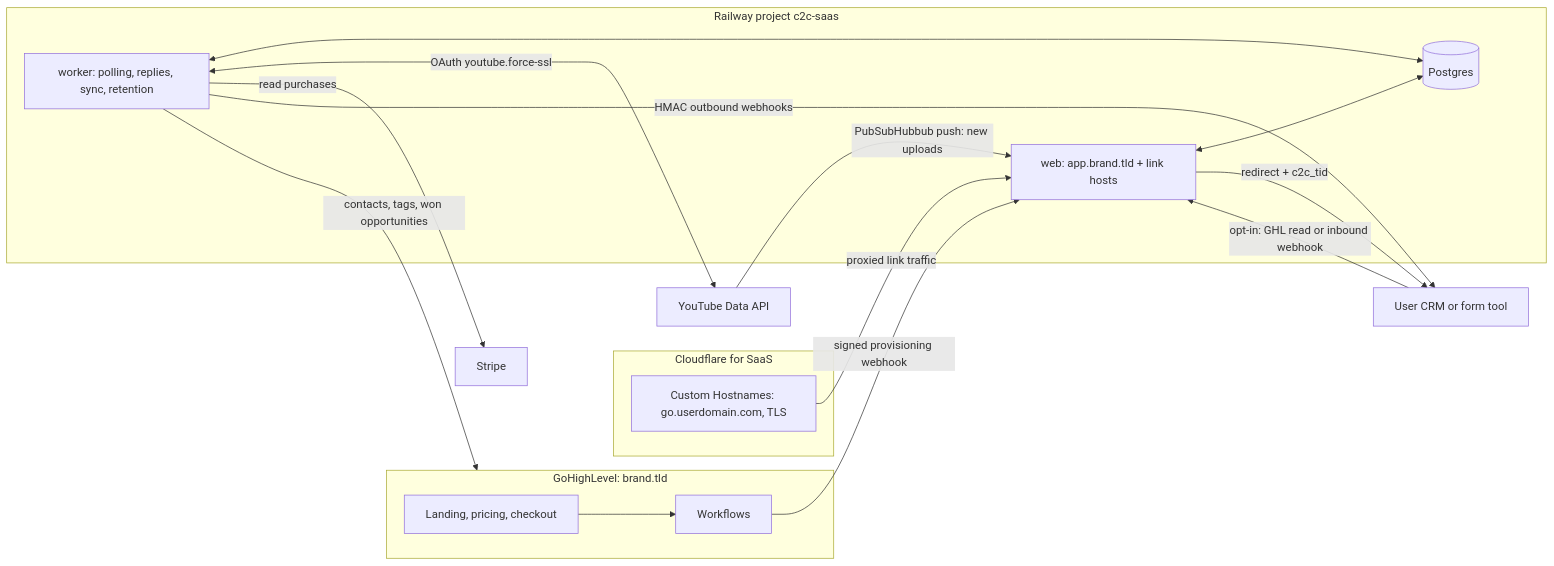
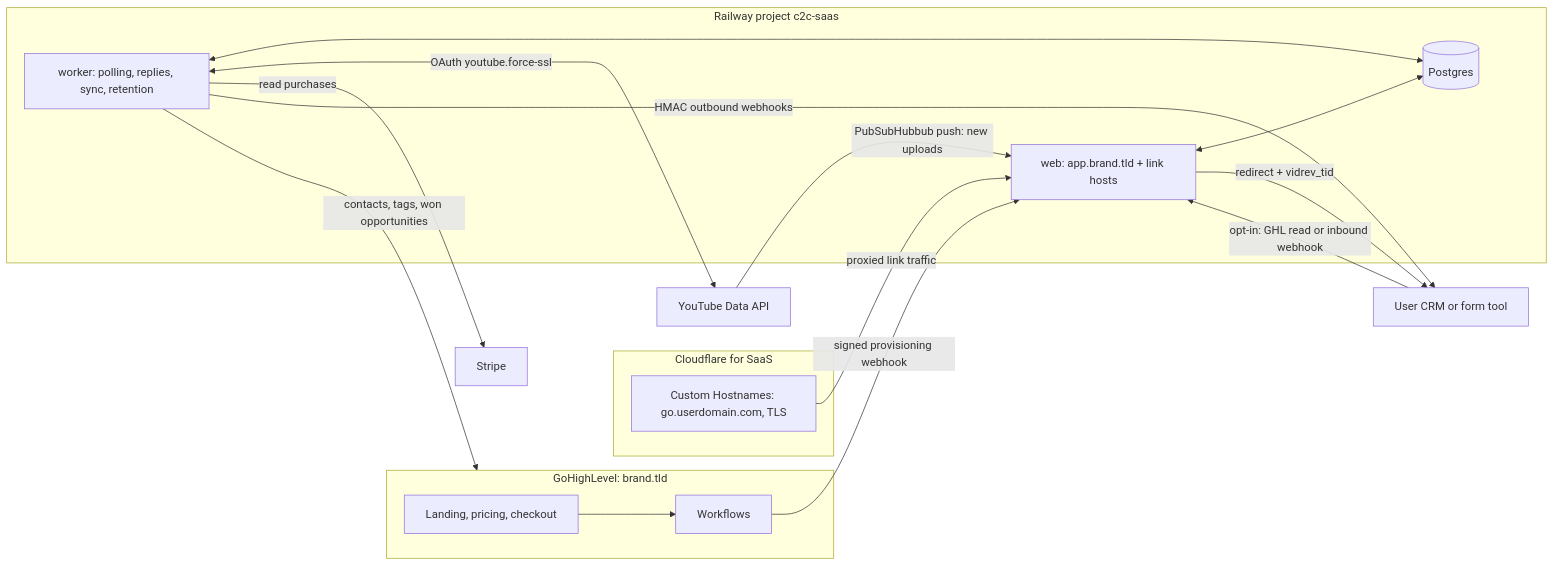
Before and after one commit to YogiZoli/vidrev: the diagram in docs/SPEC.md, drawn with Mermaid. The commit also changed other lines of this file and 11 other files, not shown here.

````diff
--- a/docs/SPEC.md
+++ b/docs/SPEC.md
@@ -35,29 +35,29 @@
 ```mermaid
 flowchart LR
   subgraph GHL[GoHighLevel: brand.tld]
     L[Landing, pricing, checkout]
     W[Workflows]
   end
   subgraph CF[Cloudflare for SaaS]
     CH[Custom Hostnames: go.userdomain.com, TLS]
   end
   subgraph R[Railway project c2c-saas]
     WEB[web: app.brand.tld + link hosts]
     WK[worker: polling, replies, sync, retention]
     DB[(Postgres)]
   end
   YT[YouTube Data API]
   ST[Stripe]
   CRM[User CRM or form tool]
   L --> W -->|signed provisioning webhook| WEB
   CH -->|proxied link traffic| WEB
   WEB <--> DB
   WK <--> DB
   WK <-->|OAuth youtube.force-ssl| YT
   YT -->|PubSubHubbub push: new uploads| WEB
-  WEB -->|redirect + c2c_tid| CRM
+  WEB -->|redirect + vidrev_tid| CRM
   CRM -->|opt-in: GHL read or inbound webhook| WEB
   WK -->|read purchases| ST
   WK -->|contacts, tags, won opportunities| GHL
   WK -->|HMAC outbound webhooks| CRM
 ```
````
